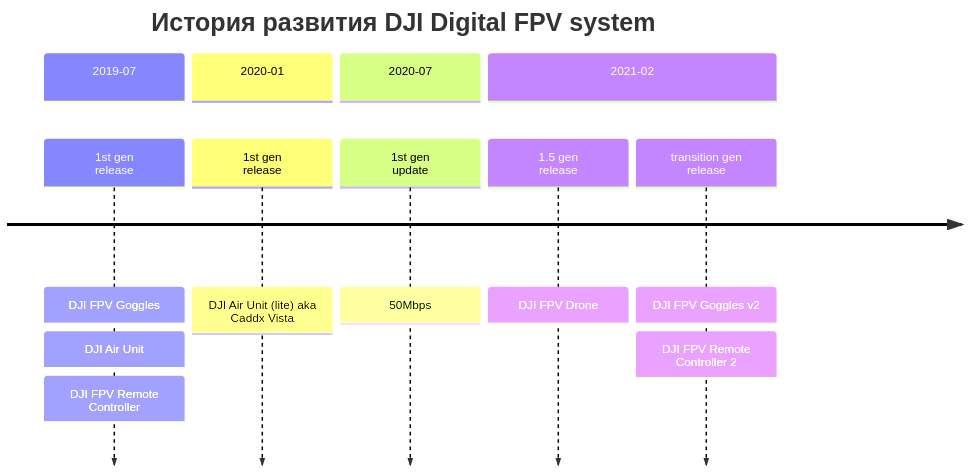
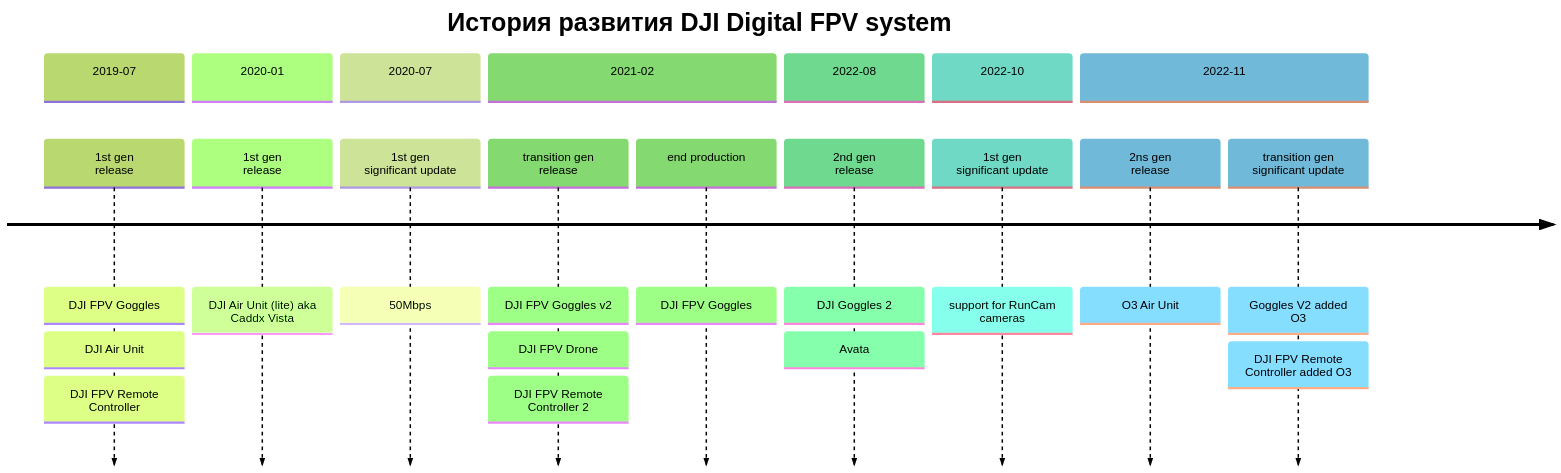
The diagram in docs/first_gen/index.md (benmozes/djifpvdocs), drawn with Mermaid before and after one commit.

````diff
--- a/docs/first_gen/index.md
+++ b/docs/first_gen/index.md
@@ -7,14 +7,24 @@
 ``` mermaid
+%%{init: { 'logLevel': 'debug', 'theme': 'forest' } }%%
 timeline
     title История развития DJI Digital FPV system
     section 2019-07
         1st gen <br> release:
             DJI FPV Goggles : DJI Air Unit : DJI FPV Remote Controller
     section 2020-01
         1st gen <br> release: DJI Air Unit (lite) aka Caddx Vista
     section 2020-07
-        1st gen <br> update: 50Mbps
+        1st gen <br> significant update: 50Mbps
     section 2021-02
-        1.5 gen <br> release: DJI FPV Drone
-        transition gen <br> release: DJI FPV Goggles v2: DJI FPV Remote Controller 2
+        transition gen <br> release: DJI FPV Goggles v2: DJI FPV Drone: DJI FPV Remote Controller 2
+        end production: DJI FPV Goggles
+    section 2022-08
+        2nd gen <br> release:
+            DJI Goggles 2 : Avata
+    section 2022-10
+        1st gen <br> significant update: support for RunCam cameras
+    section 2022-11
+        2ns gen <br> release: O3 Air Unit
+        transition gen <br> significant update: Goggles V2 added O3: DJI FPV Remote Controller added O3
+
 ```
````
